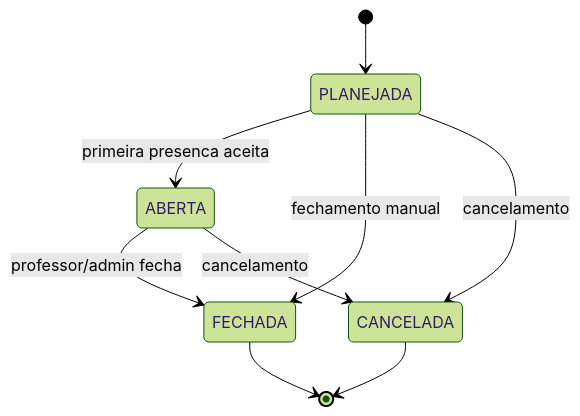
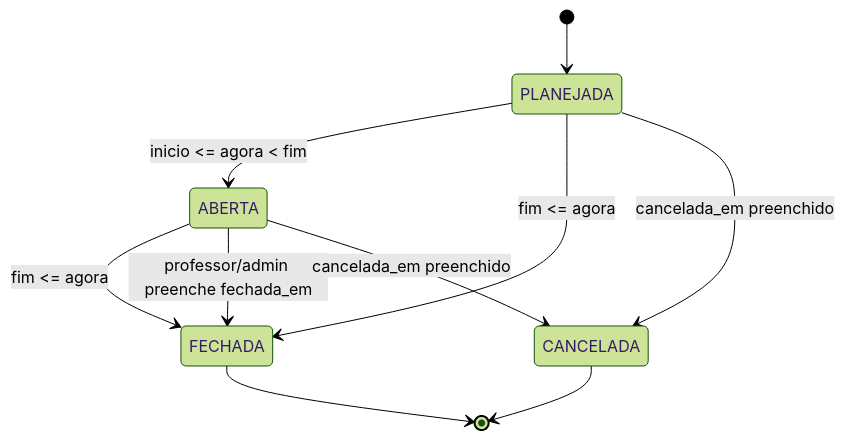
The ninth of 10 diagrams in autoponto-backend/docs/diagramas-tcc.md (DanielKGM/autoponto), drawn with Mermaid (forest theme) before and after one commit. The commit also changed other lines of this file and 17 other files, not shown here.

First line of the commit message:
Refactor API documentation and frontend structure; update requirements and improve user flows

````diff
--- a/autoponto-backend/docs/diagramas-tcc.md
+++ b/autoponto-backend/docs/diagramas-tcc.md
@@ -185,11 +189,12 @@
 ```mermaid
 stateDiagram-v2
     [*] --> PLANEJADA
-    PLANEJADA --> ABERTA: primeira presenca aceita
-    ABERTA --> FECHADA: professor/admin fecha
-    PLANEJADA --> FECHADA: fechamento manual
-    PLANEJADA --> CANCELADA: cancelamento
-    ABERTA --> CANCELADA: cancelamento
+    PLANEJADA --> ABERTA: inicio <= agora < fim
+    ABERTA --> FECHADA: fim <= agora
+    PLANEJADA --> FECHADA: fim <= agora
+    ABERTA --> FECHADA: professor/admin preenche fechada_em
+    PLANEJADA --> CANCELADA: cancelada_em preenchido
+    ABERTA --> CANCELADA: cancelada_em preenchido
     FECHADA --> [*]
     CANCELADA --> [*]
 ```
````
